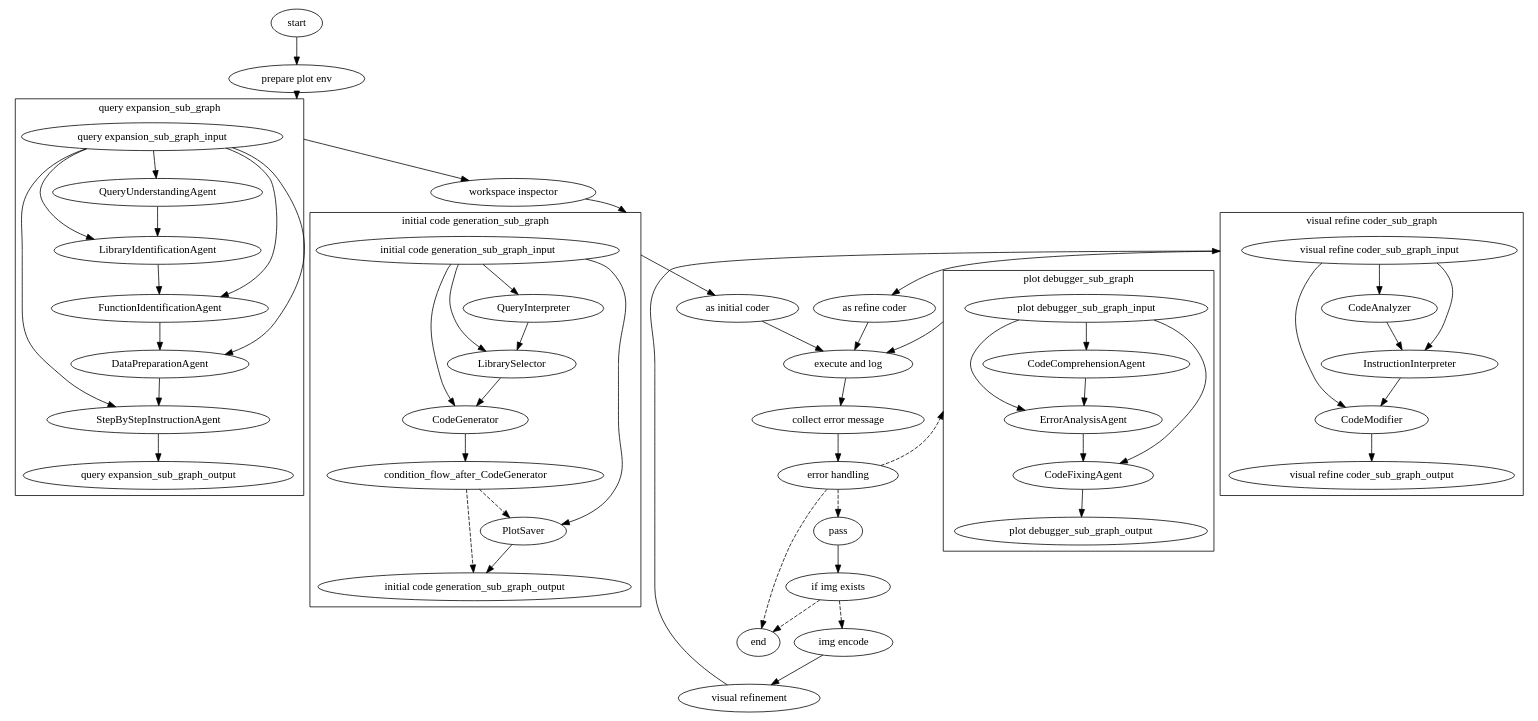
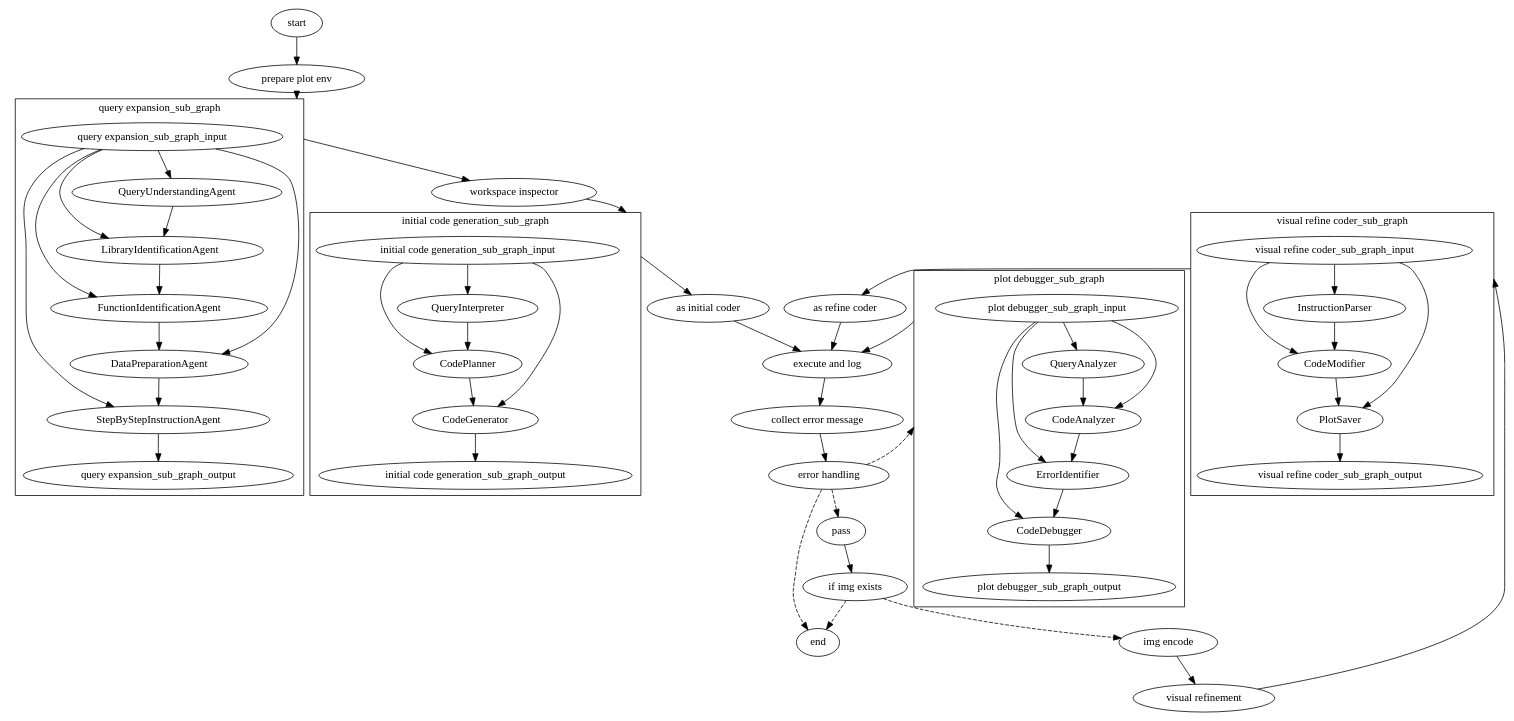
One commit to jiange91/lm_compiler changed the diagram in examples/matplot_agent/compile_logs/decomposed_workflow_viz/Digraph.gv. Above: the diagram before and after it, drawn with Graphviz. The commit also changed 82 other files, not shown here.

Commit message:
change format instruction to code-based

```diff
--- a/examples/matplot_agent/compile_logs/decomposed_workflow_viz/Digraph.gv
+++ b/examples/matplot_agent/compile_logs/decomposed_workflow_viz/Digraph.gv
@@ -1,71 +1,69 @@
 digraph {
 	compound=true
 	_matplot_cluster_ancor [fixedsize=true height=0 style=invis width=0]
 	start -> "prepare plot env"
+	"_query expansion_sub_graph_cluster_ancor" -> "workspace inspector" [ltail="cluster_query expansion_sub_graph"]
+	"_initial code generation_sub_graph_cluster_ancor" -> "as initial coder" [ltail="cluster_initial code generation_sub_graph"]
+	"as initial coder" -> "execute and log"
+	"_plot debugger_sub_graph_cluster_ancor" -> "execute and log" [ltail="cluster_plot debugger_sub_graph"]
+	"as refine coder" -> "execute and log"
+	"execute and log" -> "collect error message"
+	"collect error message" -> "error handling"
+	"error handling" -> pass [style=dashed]
+	"error handling" -> end [style=dashed]
+	"error handling" -> "_plot debugger_sub_graph_cluster_ancor" [lhead="cluster_plot debugger_sub_graph" style=dashed]
+	"if img exists" -> end [style=dashed]
+	"if img exists" -> "img encode" [style=dashed]
+	pass -> "if img exists"
+	"img encode" -> "visual refinement"
+	"_visual refine coder_sub_graph_cluster_ancor" -> "as refine coder" [ltail="cluster_visual refine coder_sub_graph"]
 	"prepare plot env" -> "_query expansion_sub_graph_cluster_ancor" [lhead="cluster_query expansion_sub_graph"]
 	"workspace inspector" -> "_initial code generation_sub_graph_cluster_ancor" [lhead="cluster_initial code generation_sub_graph"]
-	"as initial coder" -> "execute and log"
-	"execute and log" -> "collect error message"
-	"collect error message" -> "error handling"
-	pass -> "if img exists"
-	"img encode" -> "visual refinement"
 	"visual refinement" -> "_visual refine coder_sub_graph_cluster_ancor" [lhead="cluster_visual refine coder_sub_graph"]
-	"as refine coder" -> "execute and log"
-	"_query expansion_sub_graph_cluster_ancor" -> "workspace inspector" [ltail="cluster_query expansion_sub_graph"]
-	"_initial code generation_sub_graph_cluster_ancor" -> "as initial coder" [ltail="cluster_initial code generation_sub_graph"]
-	"_plot debugger_sub_graph_cluster_ancor" -> "execute and log" [ltail="cluster_plot debugger_sub_graph"]
-	"_visual refine coder_sub_graph_cluster_ancor" -> "as refine coder" [ltail="cluster_visual refine coder_sub_graph"]
-	"error handling" -> pass [style=dashed]
-	"error handling" -> "_plot debugger_sub_graph_cluster_ancor" [lhead="cluster_plot debugger_sub_graph" style=dashed]
-	"error handling" -> end [style=dashed]
-	"if img exists" -> "img encode" [style=dashed]
-	"if img exists" -> end [style=dashed]
 	subgraph "cluster_query expansion_sub_graph" {
 		"_query expansion_sub_graph_cluster_ancor" [fixedsize=true height=0 style=invis width=0]
+		"query expansion_sub_graph_input" -> StepByStepInstructionAgent
 		"query expansion_sub_graph_input" -> QueryUnderstandingAgent
+		"query expansion_sub_graph_input" -> DataPreparationAgent
 		"query expansion_sub_graph_input" -> LibraryIdentificationAgent
+		"query expansion_sub_graph_input" -> FunctionIdentificationAgent
 		QueryUnderstandingAgent -> LibraryIdentificationAgent
-		"query expansion_sub_graph_input" -> FunctionIdentificationAgent
 		LibraryIdentificationAgent -> FunctionIdentificationAgent
-		"query expansion_sub_graph_input" -> DataPreparationAgent
 		FunctionIdentificationAgent -> DataPreparationAgent
-		"query expansion_sub_graph_input" -> StepByStepInstructionAgent
 		DataPreparationAgent -> StepByStepInstructionAgent
 		StepByStepInstructionAgent -> "query expansion_sub_graph_output"
 		label="query expansion_sub_graph"
 	}
 	subgraph "cluster_initial code generation_sub_graph" {
 		"_initial code generation_sub_graph_cluster_ancor" [fixedsize=true height=0 style=invis width=0]
+		"initial code generation_sub_graph_input" -> CodePlanner
+		"initial code generation_sub_graph_input" -> CodeGenerator
 		"initial code generation_sub_graph_input" -> QueryInterpreter
-		"initial code generation_sub_graph_input" -> PlotSaver
-		"initial code generation_sub_graph_input" -> LibrarySelector
-		QueryInterpreter -> LibrarySelector
-		"initial code generation_sub_graph_input" -> CodeGenerator
-		LibrarySelector -> CodeGenerator
-		PlotSaver -> "initial code generation_sub_graph_output"
-		CodeGenerator -> condition_flow_after_CodeGenerator
-		condition_flow_after_CodeGenerator -> PlotSaver [style=dashed]
-		condition_flow_after_CodeGenerator -> "initial code generation_sub_graph_output" [style=dashed]
+		QueryInterpreter -> CodePlanner
+		CodePlanner -> CodeGenerator
+		CodeGenerator -> "initial code generation_sub_graph_output"
 		label="initial code generation_sub_graph"
 	}
 	subgraph "cluster_plot debugger_sub_graph" {
 		"_plot debugger_sub_graph_cluster_ancor" [fixedsize=true height=0 style=invis width=0]
-		"plot debugger_sub_graph_input" -> CodeComprehensionAgent
-		"plot debugger_sub_graph_input" -> ErrorAnalysisAgent
-		CodeComprehensionAgent -> ErrorAnalysisAgent
-		"plot debugger_sub_graph_input" -> CodeFixingAgent
-		ErrorAnalysisAgent -> CodeFixingAgent
-		CodeFixingAgent -> "plot debugger_sub_graph_output"
+		"plot debugger_sub_graph_input" -> CodeDebugger
+		"plot debugger_sub_graph_input" -> ErrorIdentifier
+		"plot debugger_sub_graph_input" -> CodeAnalyzer
+		"plot debugger_sub_graph_input" -> QueryAnalyzer
+		QueryAnalyzer -> CodeAnalyzer
+		CodeAnalyzer -> ErrorIdentifier
+		ErrorIdentifier -> CodeDebugger
+		CodeDebugger -> "plot debugger_sub_graph_output"
 		label="plot debugger_sub_graph"
 	}
 	subgraph "cluster_visual refine coder_sub_graph" {
 		"_visual refine coder_sub_graph_cluster_ancor" [fixedsize=true height=0 style=invis width=0]
-		"visual refine coder_sub_graph_input" -> CodeAnalyzer
-		"visual refine coder_sub_graph_input" -> InstructionInterpreter
-		CodeAnalyzer -> InstructionInterpreter
 		"visual refine coder_sub_graph_input" -> CodeModifier
-		InstructionInterpreter -> CodeModifier
-		CodeModifier -> "visual refine coder_sub_graph_output"
+		"visual refine coder_sub_graph_input" -> InstructionParser
+		"visual refine coder_sub_graph_input" -> PlotSaver
+		InstructionParser -> CodeModifier
+		CodeModifier -> PlotSaver
+		PlotSaver -> "visual refine coder_sub_graph_output"
 		label="visual refine coder_sub_graph"
 	}
 }
```
